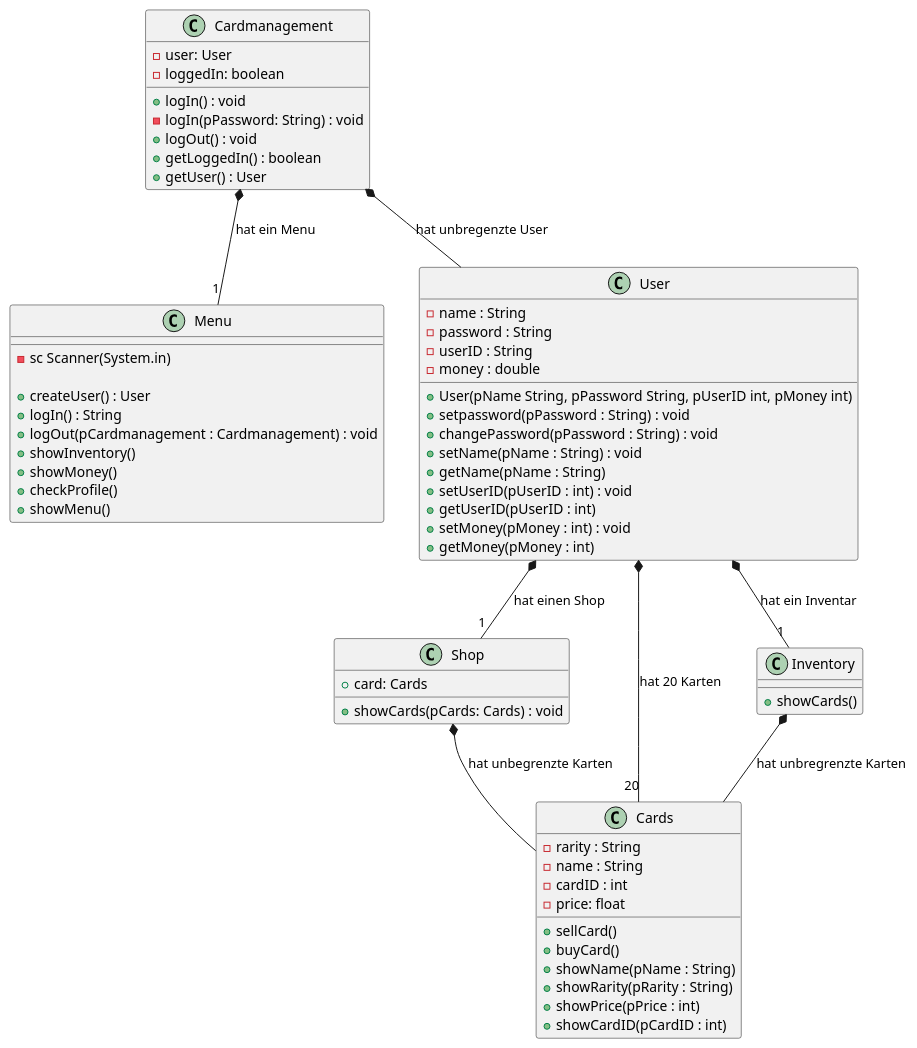
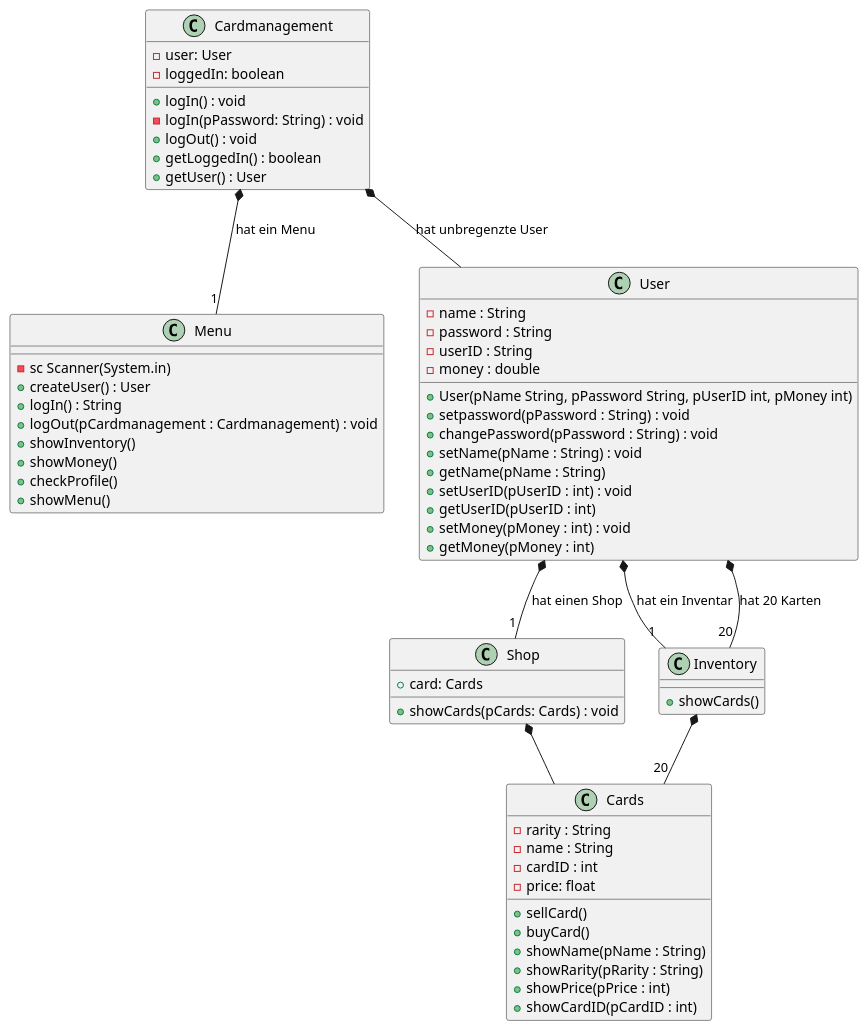
Before and after one commit to HEBK-BGM/Verwaltungssoftware_Team_4: the diagram in Docs/Pflichtenheft/Diagramme/Klassendiagramm-Card.iuml, drawn with PlantUML.

Commit message:
[ADD] Klassendiagramm Änderung

```diff
--- a/Docs/Pflichtenheft/Diagramme/Klassendiagramm-Card.iuml
+++ b/Docs/Pflichtenheft/Diagramme/Klassendiagramm-Card.iuml
@@ -1,97 +1,93 @@
 @startuml Klassendiagramm
 
 class Cardmanagement{
     -user: User
     -loggedIn: boolean
     +logIn() : void
     -logIn(pPassword: String) : void
     +logOut() : void
     +getLoggedIn() : boolean
     +getUser() : User
 
 
 
 }
 
 
 
 class Menu{
-
-    
-
     -sc Scanner(System.in)
-
     +createUser() : User
     +logIn() : String
     +logOut(pCardmanagement : Cardmanagement) : void
     +showInventory()
     +showMoney()
     +checkProfile()
     +showMenu()
 
 
 }
 
 
 
 
 class Shop{
     +card: Cards
     +showCards(pCards: Cards) : void
 
 }
 
 
 
 
 class User{
     -name : String
     -password : String
     -userID : String
     -money : double
 
 
     + User(pName String, pPassword String, pUserID int, pMoney int)
     +setpassword(pPassword : String) : void
     +changePassword(pPassword : String) : void
     +setName(pName : String) : void 
     +getName(pName : String)  
     +setUserID(pUserID : int) : void
     +getUserID(pUserID : int) 
     +setMoney(pMoney : int) : void
     +getMoney(pMoney : int) 
 
 }
 
 
 
 
 class Cards{
     -rarity : String
     -name : String
     -cardID : int
     -price: float
 
     +sellCard()
     +buyCard()
     +showName(pName : String)
     +showRarity(pRarity : String)
     +showPrice(pPrice : int)
     +showCardID(pCardID : int)
 
 }
 
 
 
 class Inventory{
 
 +showCards()
 }
 Cardmanagement *-- "1" Menu : hat ein Menu
 User *-- "1" Inventory : hat ein Inventar
-User *-- "20" Cards : hat 20 Karten
+User *-- "20" Inventory : hat 20 Karten
 Cardmanagement *-- User : hat unbregenzte User
 User *-- "1" Shop : hat einen Shop
-Shop *-- Cards : hat unbegrenzte Karten
-Inventory *-- Cards : hat unbregrenzte Karten
+Shop *-- Cards 
+Inventory *-- "20" Cards
 @enduml
```
